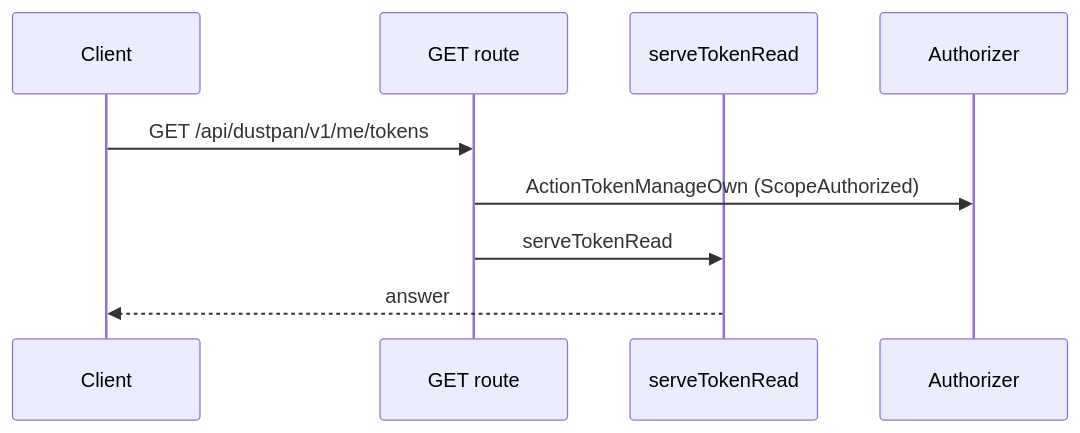
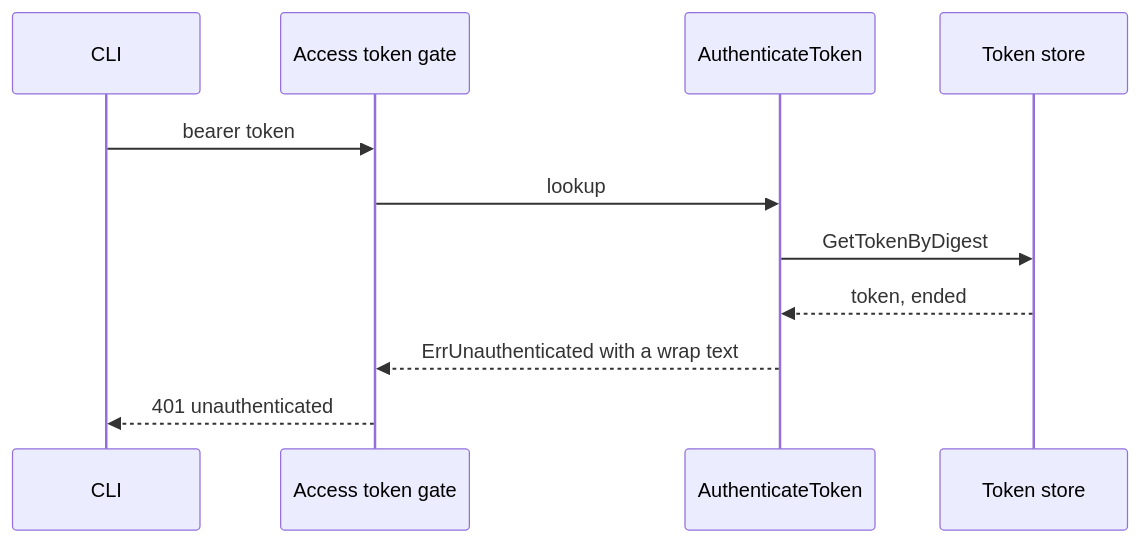
The first of 4 diagrams in openspec/changes/token-life-cycle-expiry-email-token-expiry-enforcement/design.md (OpenDustpan/OpenDustpan), drawn with Mermaid before and after one commit. The commit also changed other lines of this file and 3 other files, not shown here.

````diff
--- a/openspec/changes/token-life-cycle-expiry-email-token-expiry-enforcement/design.md
+++ b/openspec/changes/token-life-cycle-expiry-email-token-expiry-enforcement/design.md
@@ -32,11 +85,13 @@
 ```mermaid
 sequenceDiagram
-participant C as Client
-participant R as GET route
-participant H as serveTokenRead
-participant AZ as Authorizer
-C->>R: GET /api/dustpan/v1/me/tokens
-R->>AZ: ActionTokenManageOwn (ScopeAuthorized)
-R->>H: serveTokenRead
-H-->>C: answer
+participant C as CLI
+participant G as Access token gate
+participant S as AuthenticateToken
+participant ST as Token store
+C->>G: bearer token
+G->>S: lookup
+S->>ST: GetTokenByDigest
+ST-->>S: token, ended
+S-->>G: ErrUnauthenticated with a wrap text
+G-->>C: 401 unauthenticated
 ```
````
